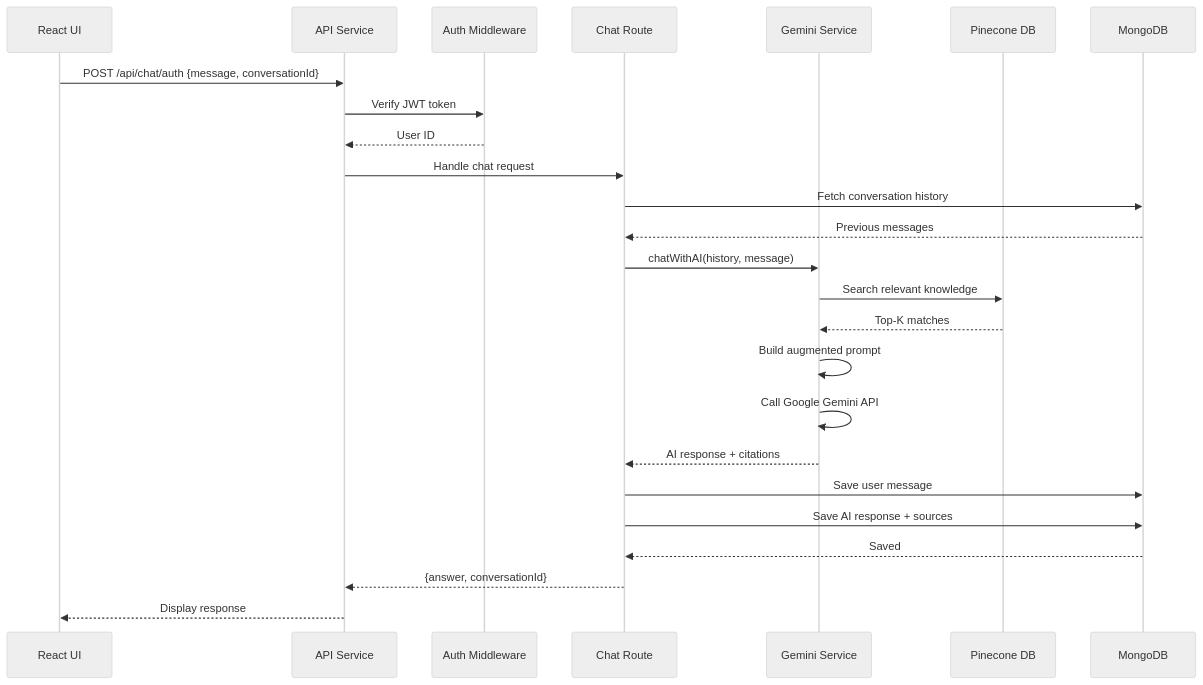
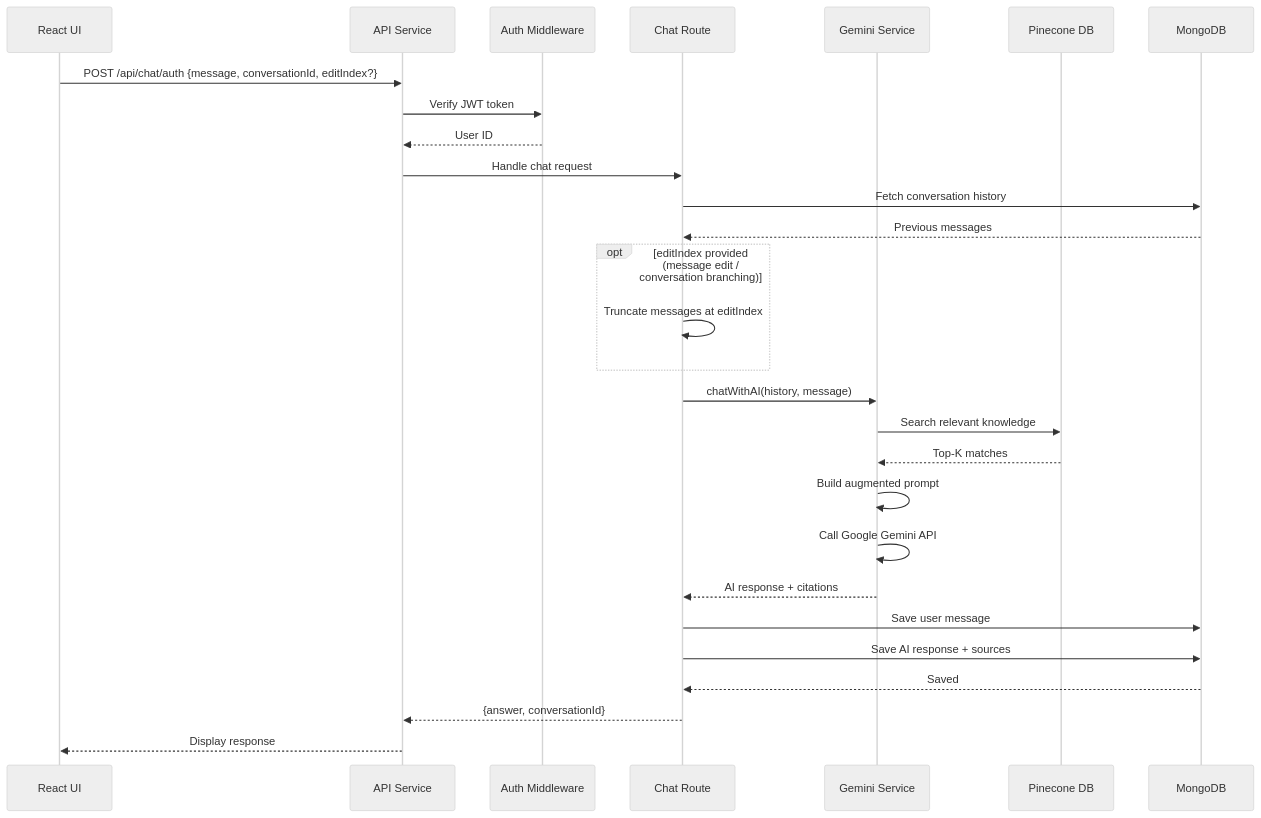
Diagram 18 of 34 in ARCHITECTURE.md (hoangsonww/AI-RAG-Assistant-Chatbot), drawn with Mermaid (neutral theme) before and after one commit. The commit also changed other lines of this file and 1 other file, not shown here.

Commit message:
docs: document message editing and conversation branching in ARCHITECTURE.md and README.md

````diff
--- a/ARCHITECTURE.md
+++ b/ARCHITECTURE.md
@@ -813,32 +819,36 @@
 ```mermaid
 sequenceDiagram
     participant UI as React UI
     participant API as API Service
     participant Auth as Auth Middleware
     participant Chat as Chat Route
     participant Gemini as Gemini Service
     participant Pinecone as Pinecone DB
     participant Mongo as MongoDB
 
-    UI->>API: POST /api/chat/auth {message, conversationId}
+    UI->>API: POST /api/chat/auth {message, conversationId, editIndex?}
     API->>Auth: Verify JWT token
     Auth-->>API: User ID
 
     API->>Chat: Handle chat request
     Chat->>Mongo: Fetch conversation history
     Mongo-->>Chat: Previous messages
+
+    opt editIndex provided (message edit / conversation branching)
+        Chat->>Chat: Truncate messages at editIndex
+    end
 
     Chat->>Gemini: chatWithAI(history, message)
     Gemini->>Pinecone: Search relevant knowledge
     Pinecone-->>Gemini: Top-K matches
     Gemini->>Gemini: Build augmented prompt
     Gemini->>Gemini: Call Google Gemini API
     Gemini-->>Chat: AI response + citations
 
     Chat->>Mongo: Save user message
     Chat->>Mongo: Save AI response + sources
     Mongo-->>Chat: Saved
 
     Chat-->>API: {answer, conversationId}
     API-->>UI: Display response
 ```
````
